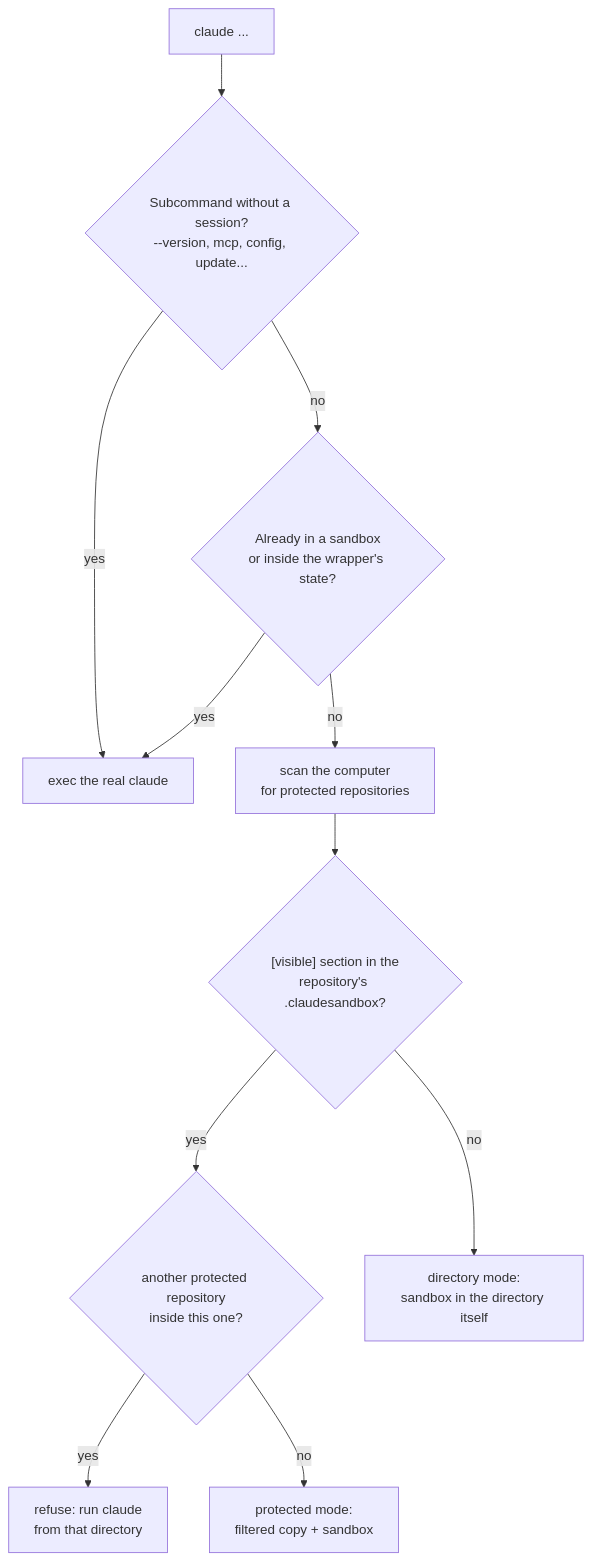
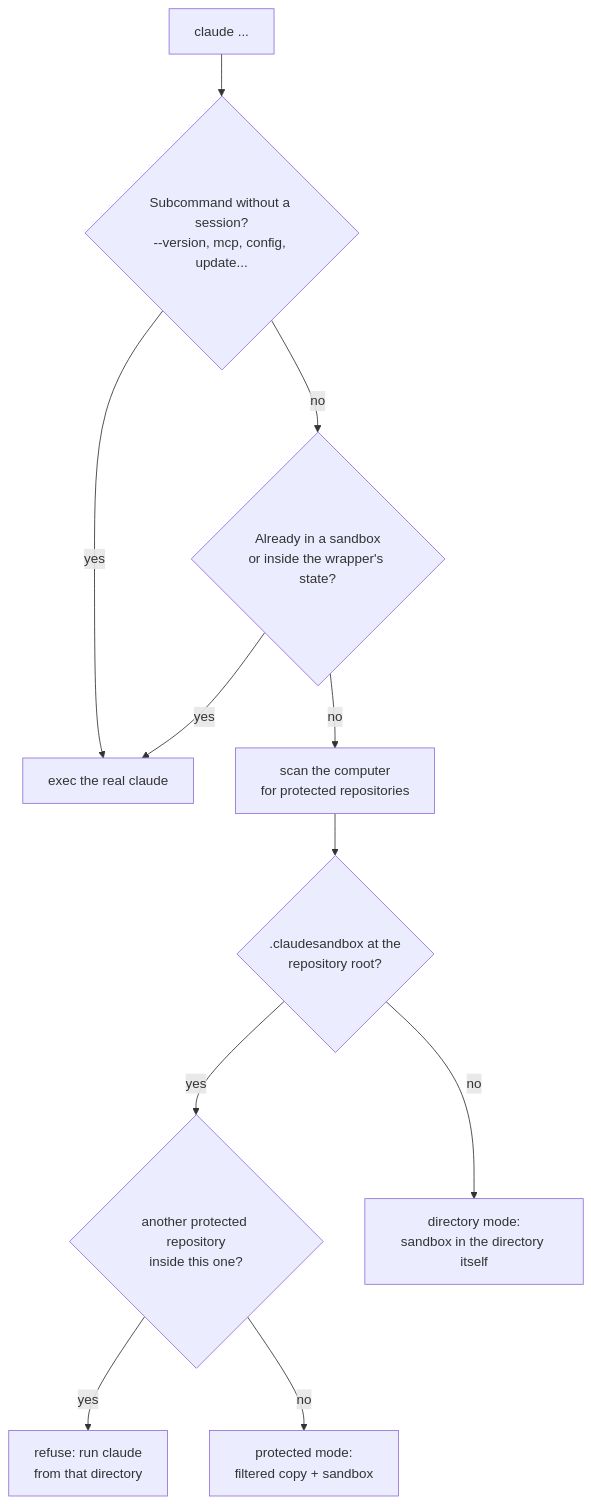
One commit to Lenstra/claude-secure-sandbox changed the second of 4 diagrams in docs/ARCHITECTURE.md. Above: the diagram before and after it, drawn with Mermaid. The commit also changed other lines of this file and 11 other files, not shown here.

First line of the commit message:
feat: protect a repository by the presence of .claudesandbox, rename sections

````diff
--- a/docs/ARCHITECTURE.md
+++ b/docs/ARCHITECTURE.md
@@ -115,13 +115,13 @@
 ```mermaid
 flowchart TD
   start["claude ..."] --> sub{"Subcommand without a session?<br/>--version, mcp, config, update..."}
   sub -- yes --> real["exec the real claude"]
   sub -- no --> inside{"Already in a sandbox<br/>or inside the wrapper's state?"}
   inside -- yes --> real
   inside -- no --> scan["scan the computer<br/>for protected repositories"]
-  scan --> root{"[visible] section in the<br/>repository's .claudesandbox?"}
+  scan --> root{".claudesandbox at the<br/>repository root?"}
   root -- yes --> nested{"another protected repository<br/>inside this one?"}
   nested -- yes --> refuse["refuse: run claude<br/>from that directory"]
   nested -- no --> protected["protected mode:<br/>filtered copy + sandbox"]
   root -- no --> directory["directory mode:<br/>sandbox in the directory itself"]
 ```
````
